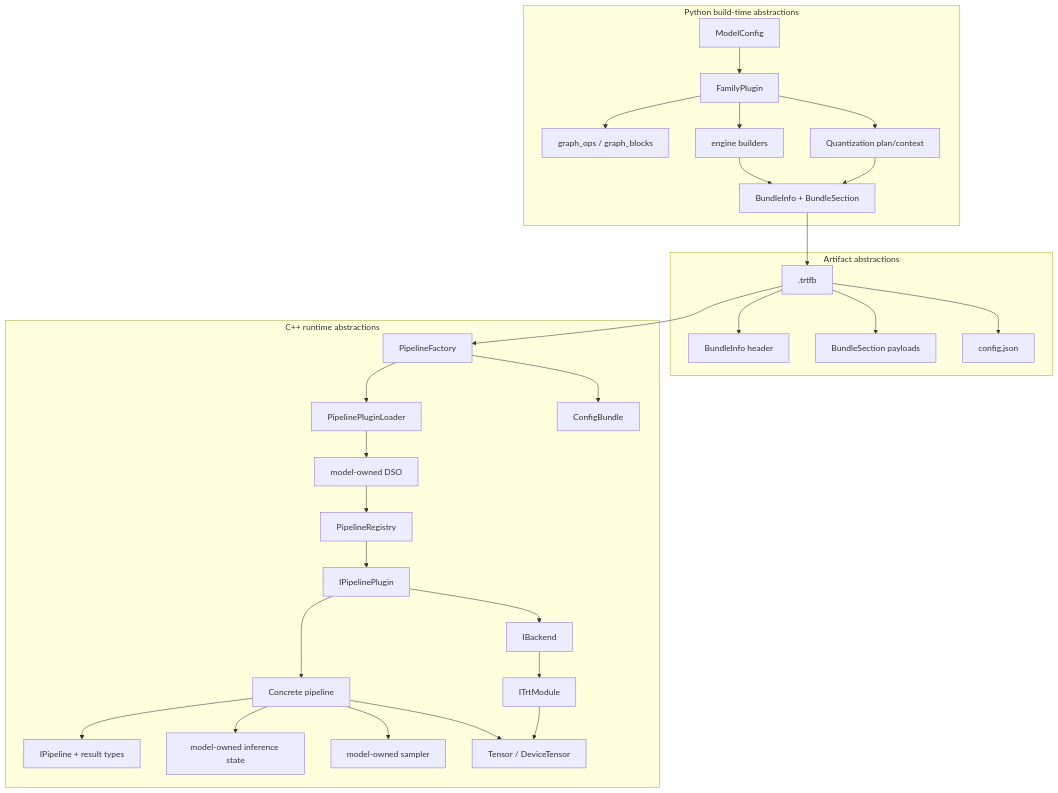
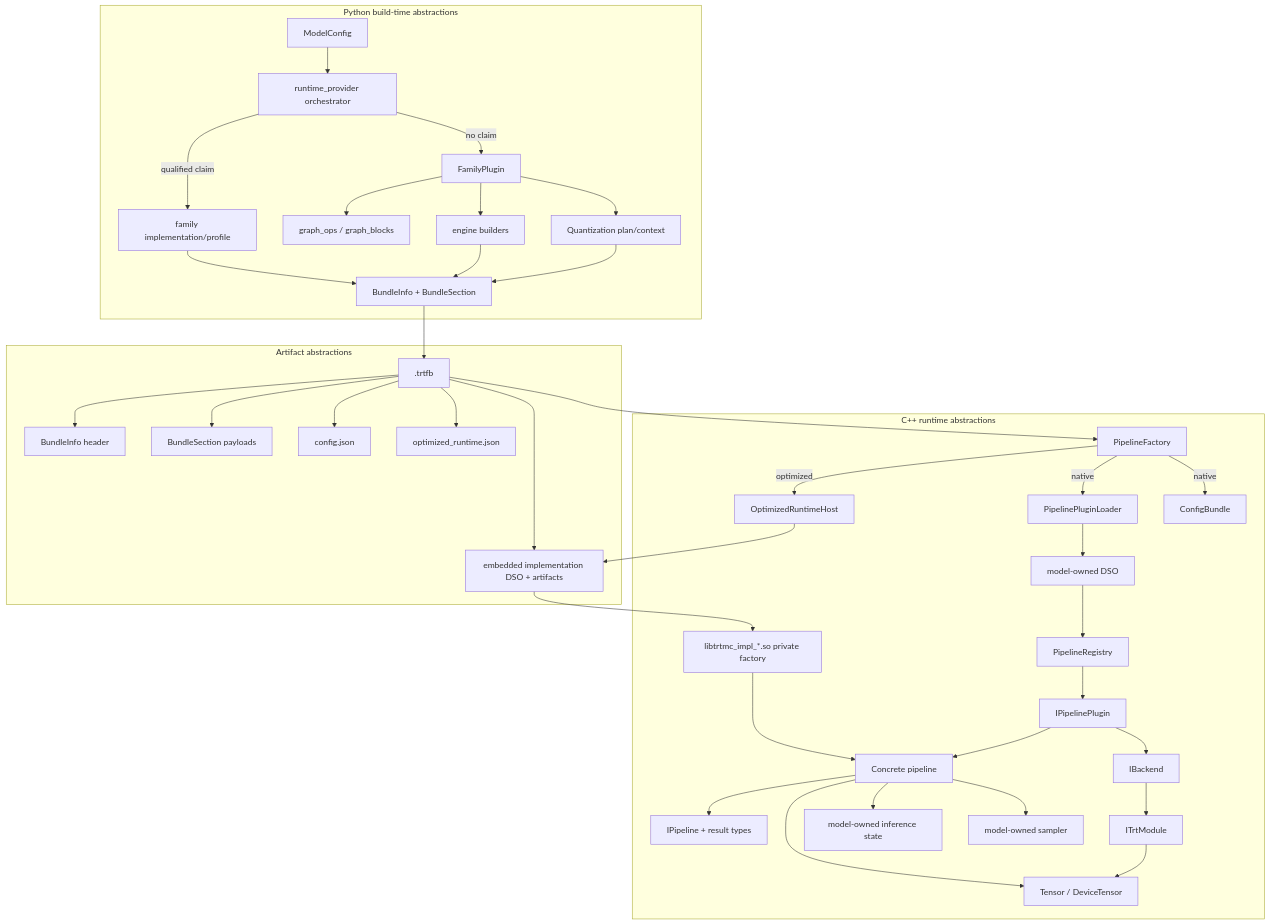
One commit to NVIDIA/TensorRT-Model-Connect changed the second of 4 diagrams in website/docs/unit-design/building-blocks.md. Above: the diagram before and after it, drawn with Mermaid. The commit also changed other lines of this file and 76 other files, not shown here.

````diff
--- a/website/docs/unit-design/building-blocks.md
+++ b/website/docs/unit-design/building-blocks.md
@@ -47,59 +54,74 @@
 ```mermaid
 flowchart TB
   subgraph Python["Python build-time abstractions"]
     ModelConfig["ModelConfig"]
+    ProviderRoute["runtime_provider orchestrator"]
+    ProviderAdapter["family implementation/profile"]
     FamilyPlugin["FamilyPlugin"]
     GraphOps["graph_ops / graph_blocks"]
     EngineBuilder["engine builders"]
     Quant["Quantization plan/context"]
     BundleWriter["BundleInfo + BundleSection"]
   end
 
   subgraph Artifact["Artifact abstractions"]
     Trtfb[".trtfb"]
     Header["BundleInfo header"]
     Section["BundleSection payloads"]
     ConfigJson["config.json"]
+    OptimizedDescriptor["optimized_runtime.json"]
+    EmbeddedArtifacts["embedded implementation DSO + artifacts"]
   end
 
   subgraph Cpp["C++ runtime abstractions"]
     API["IPipeline + result types"]
     Factory["PipelineFactory"]
+    OptimizedHost["OptimizedRuntimeHost"]
+    ImplDSO["libtrtmc_impl_*.so private factory"]
     Loader["PipelinePluginLoader"]
     ModelDSO["model-owned DSO"]
     Registry["PipelineRegistry"]
     Plugin["IPipelinePlugin"]
     Backend["IBackend"]
     Module["ITrtModule"]
     Pipeline["Concrete pipeline"]
     State["model-owned inference state"]
     Sampler["model-owned sampler"]
     Tensor["Tensor / DeviceTensor"]
     ConfigBundle["ConfigBundle"]
   end
 
-  ModelConfig --> FamilyPlugin
+  ModelConfig --> ProviderRoute
+  ProviderRoute -->|qualified claim| ProviderAdapter
+  ProviderAdapter --> BundleWriter
+  ProviderRoute -->|no claim| FamilyPlugin
   FamilyPlugin --> GraphOps
   FamilyPlugin --> EngineBuilder
   FamilyPlugin --> Quant
   EngineBuilder --> BundleWriter
   Quant --> BundleWriter
   BundleWriter --> Trtfb
   Trtfb --> Header
   Trtfb --> Section
   Trtfb --> ConfigJson
+  Trtfb --> OptimizedDescriptor
+  Trtfb --> EmbeddedArtifacts
   Trtfb --> Factory
-  Factory --> ConfigBundle
-  Factory --> Loader
+  Factory -->|optimized| OptimizedHost
+  OptimizedHost --> EmbeddedArtifacts
+  EmbeddedArtifacts --> ImplDSO
+  ImplDSO --> Pipeline
+  Factory -->|native| ConfigBundle
+  Factory -->|native| Loader
   Loader --> ModelDSO
   ModelDSO --> Registry
   Registry --> Plugin
   Plugin --> Backend
   Backend --> Module
   Plugin --> Pipeline
   Pipeline --> API
   Pipeline --> State
   Pipeline --> Sampler
   Pipeline --> Tensor
   Module --> Tensor
 ```
````
